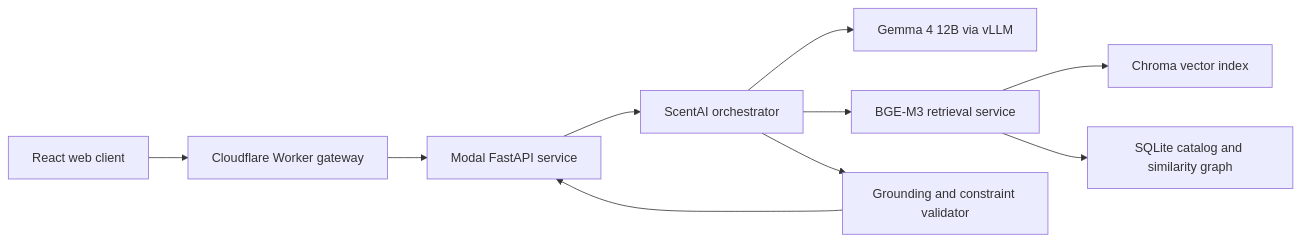
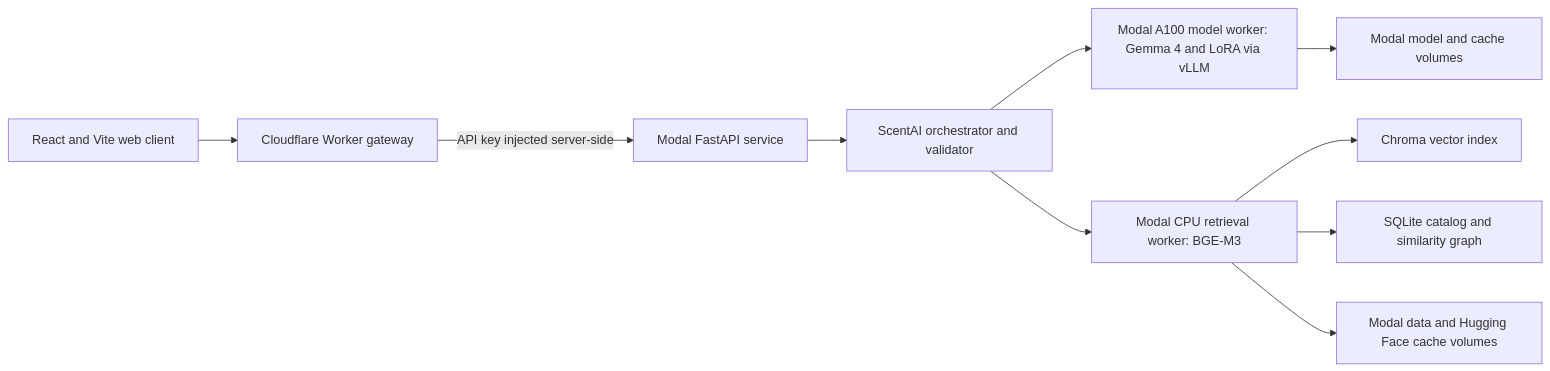
The diagram in README.md (sefasys/ScentAI), drawn with Mermaid before and after one commit. The commit also changed other lines of this file and 10 other files, not shown here.

````diff
--- a/README.md
+++ b/README.md
@@ -19,12 +32,12 @@
 ```mermaid
 flowchart LR
-    UI[React web client] --> CF[Cloudflare Worker gateway]
-    CF --> API[Modal FastAPI service]
-    API --> ORCH[ScentAI orchestrator]
-    ORCH --> LLM[Gemma 4 12B via vLLM]
-    ORCH --> RET[BGE-M3 retrieval service]
+    UI[React and Vite web client] --> CF[Cloudflare Worker gateway]
+    CF -->|API key injected server-side| API[Modal FastAPI service]
+    API --> ORCH[ScentAI orchestrator and validator]
+    ORCH --> LLM[Modal A100 model worker: Gemma 4 and LoRA via vLLM]
+    ORCH --> RET[Modal CPU retrieval worker: BGE-M3]
     RET --> CHROMA[Chroma vector index]
     RET --> SQL[SQLite catalog and similarity graph]
-    ORCH --> VAL[Grounding and constraint validator]
-    VAL --> API
+    LLM --> MV[Modal model and cache volumes]
+    RET --> DV[Modal data and Hugging Face cache volumes]
 ```
````
